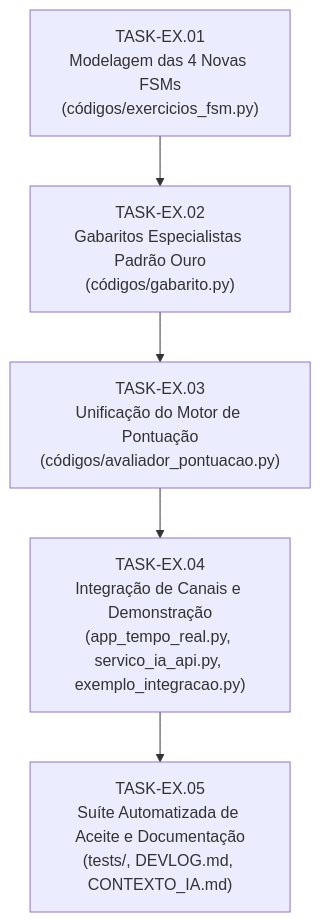
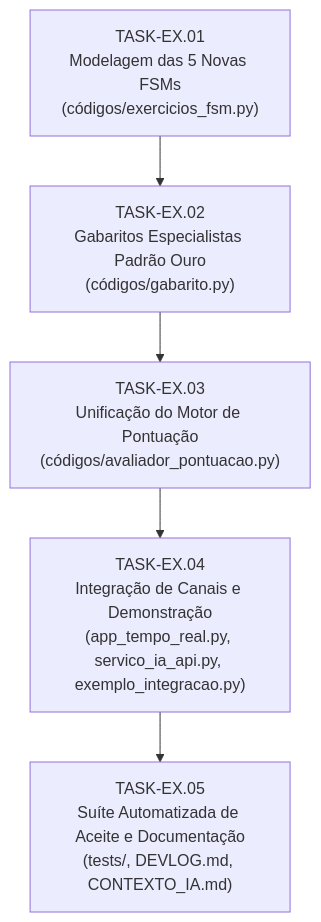
The second of 2 diagrams in PLANO_SPRINT_NOVOS_EXERCICIOS.md (heitoroliveira75/EngSoftTrabalho_Personal_TrainerIA), drawn with Mermaid before and after one commit. The commit also changed other lines of this file, not shown here.

Commit message:
"adicionado arquvo markdown implementação novos exercicios"

````diff
--- a/PLANO_SPRINT_NOVOS_EXERCICIOS.md
+++ b/PLANO_SPRINT_NOVOS_EXERCICIOS.md
@@ -141,7 +162,7 @@
 ```mermaid
 flowchart TD
-    T1["TASK-EX.01\nModelagem das 4 Novas FSMs\n(códigos/exercicios_fsm.py)"] --> T2["TASK-EX.02\nGabaritos Especialistas Padrão Ouro\n(códigos/gabarito.py)"]
+    T1["TASK-EX.01\nModelagem das 5 Novas FSMs\n(códigos/exercicios_fsm.py)"] --> T2["TASK-EX.02\nGabaritos Especialistas Padrão Ouro\n(códigos/gabarito.py)"]
     T2 --> T3["TASK-EX.03\nUnificação do Motor de Pontuação\n(códigos/avaliador_pontuacao.py)"]
     T3 --> T4["TASK-EX.04\nIntegração de Canais e Demonstração\n(app_tempo_real.py, servico_ia_api.py, exemplo_integracao.py)"]
     T4 --> T5["TASK-EX.05\nSuíte Automatizada de Aceite e Documentação\n(tests/, DEVLOG.md, CONTEXTO_IA.md)"]
 ```
````
